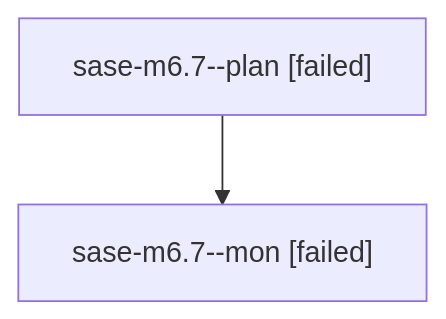
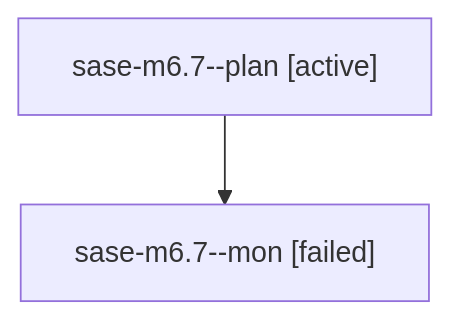
The diagram in families/bbugyi200.athena.sase-m6.7.md (sase-org/sase--agents), drawn with Mermaid before and after one commit. The commit also changed other lines of this file and 35830 other files, not shown here.

````diff
--- a/families/bbugyi200.athena.sase-m6.7.md
+++ b/families/bbugyi200.athena.sase-m6.7.md
@@ -9,6 +9,6 @@
 ```mermaid
 flowchart TD
-  n0["sase-m6.7--plan [failed]"]
+  n0["sase-m6.7--plan [active]"]
   n1["sase-m6.7--mon [failed]"]
   n0 --> n1
 ```
````
